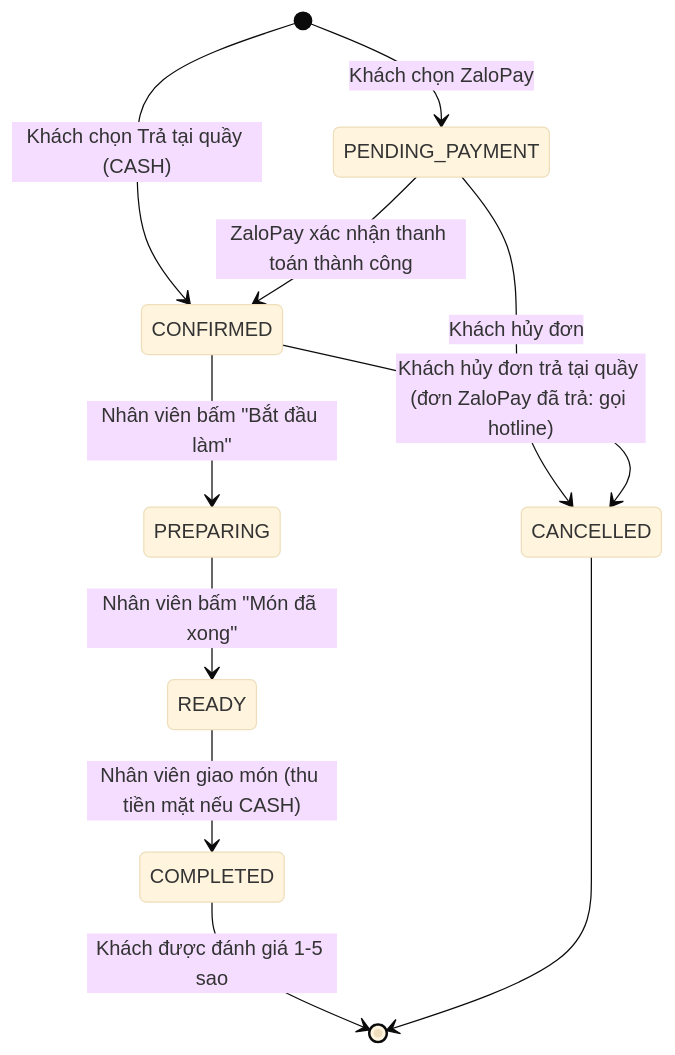
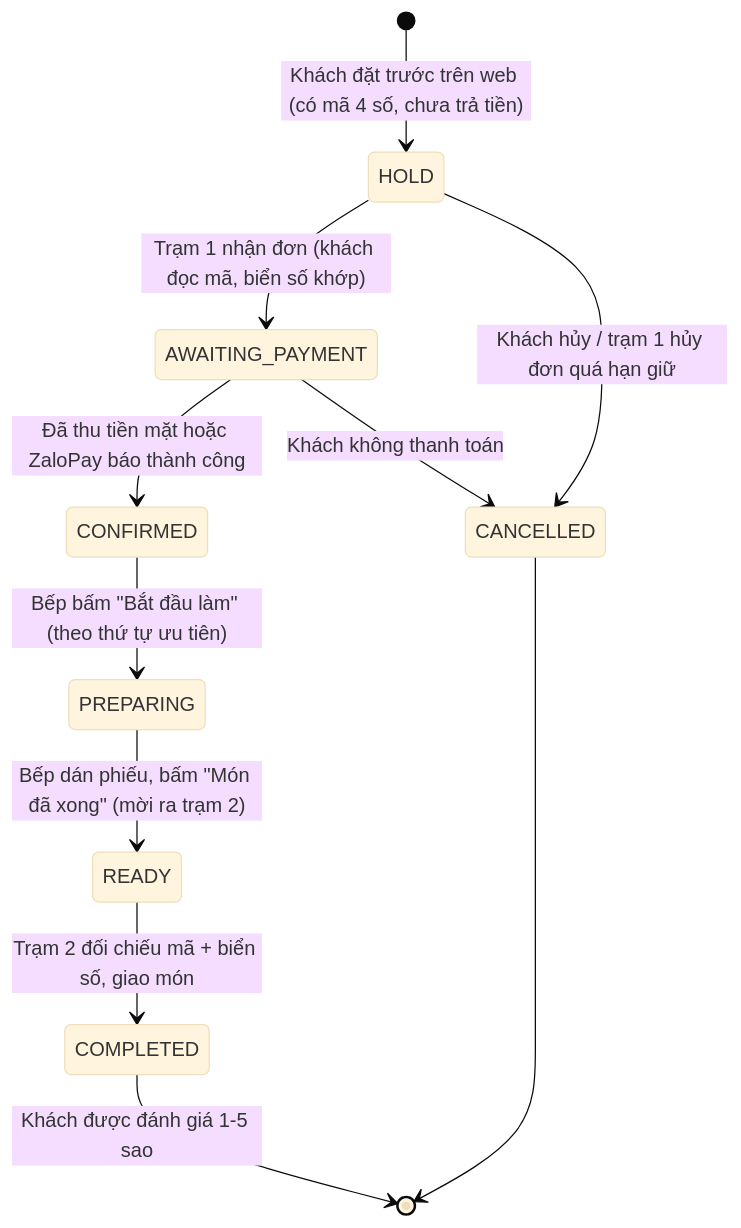
One commit to MinhThaiDangCap/SOA_FinalReport_DriveThru changed the fourth of 4 diagrams in docs/THIET_KE_HE_THONG_USECASE_ERD.md. Above: the diagram before and after it, drawn with Mermaid (base theme). The commit also changed other lines of this file and 41 other files, not shown here.

First line of the commit message:
feat: mô hình drive-thru 2 trạm, thêm vai trò Bếp, hàng đợi ưu tiên đơn nhanh

````diff
--- a/docs/THIET_KE_HE_THONG_USECASE_ERD.md
+++ b/docs/THIET_KE_HE_THONG_USECASE_ERD.md
@@ -519,17 +566,17 @@
 ```mermaid
 stateDiagram-v2
-    [*] --> PENDING_PAYMENT: Khách chọn ZaloPay
-    [*] --> CONFIRMED: Khách chọn Trả tại quầy (CASH)
+    [*] --> HOLD: Khách đặt trước trên web (có mã 4 số, chưa trả tiền)
 
-    PENDING_PAYMENT --> CONFIRMED: ZaloPay xác nhận thanh toán thành công
-    PENDING_PAYMENT --> CANCELLED: Khách hủy đơn
+    HOLD --> AWAITING_PAYMENT: Trạm 1 nhận đơn (khách đọc mã, biển số khớp)
+    HOLD --> CANCELLED: Khách hủy / trạm 1 hủy đơn quá hạn giữ
 
-    CONFIRMED --> PREPARING: Nhân viên bấm "Bắt đầu làm"
-    CONFIRMED --> CANCELLED: Khách hủy đơn trả tại quầy (đơn ZaloPay đã trả: gọi hotline)
+    AWAITING_PAYMENT --> CONFIRMED: Đã thu tiền mặt hoặc ZaloPay báo thành công
+    AWAITING_PAYMENT --> CANCELLED: Khách không thanh toán
 
-    PREPARING --> READY: Nhân viên bấm "Món đã xong"
-    READY --> COMPLETED: Nhân viên giao món (thu tiền mặt nếu CASH)
+    CONFIRMED --> PREPARING: Bếp bấm "Bắt đầu làm" (theo thứ tự ưu tiên)
+    PREPARING --> READY: Bếp dán phiếu, bấm "Món đã xong" (mời ra trạm 2)
+    READY --> COMPLETED: Trạm 2 đối chiếu mã + biển số, giao món
 
     COMPLETED --> [*]: Khách được đánh giá 1-5 sao
     CANCELLED --> [*]
 ```
````
